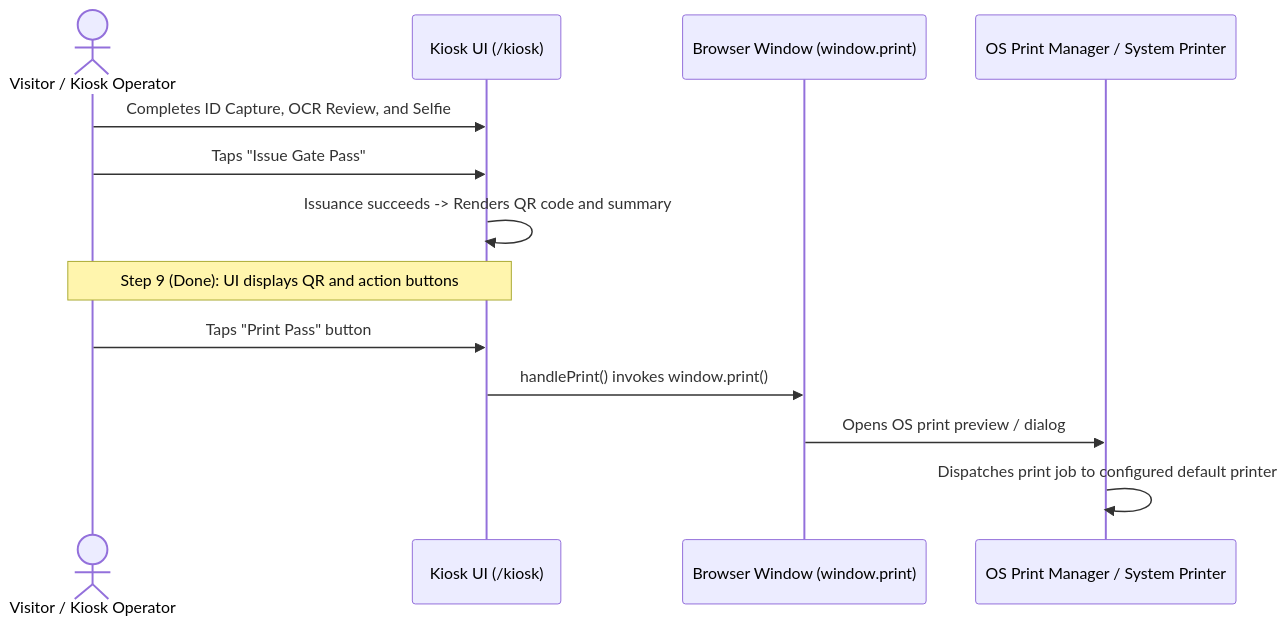
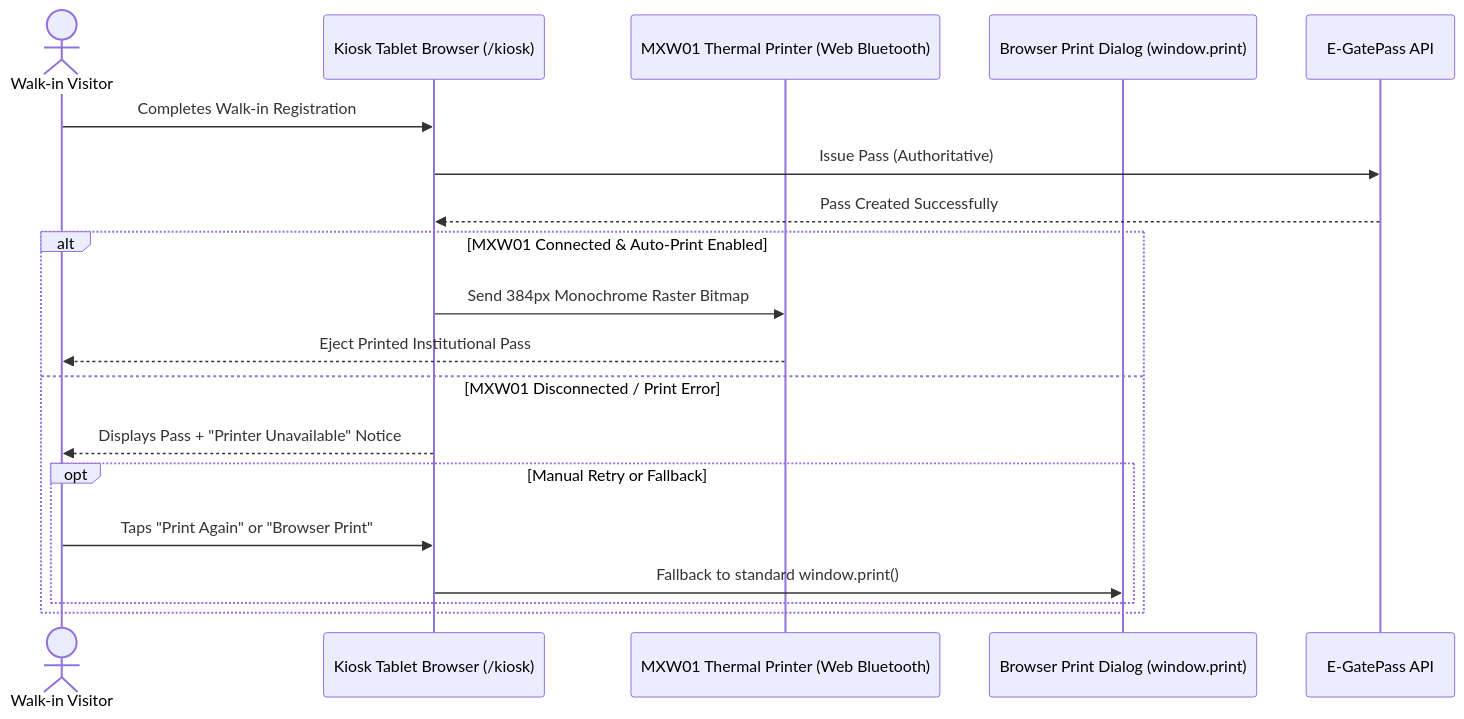
The second of 2 diagrams in docs/KIOSK_HARDWARE.md (jsphhbna/egatepass), drawn with Mermaid before and after one commit. The commit also changed other lines of this file and 6 other files, not shown here.

````diff
--- a/docs/KIOSK_HARDWARE.md
+++ b/docs/KIOSK_HARDWARE.md
@@ -67,16 +68,22 @@
 ```mermaid
 sequenceDiagram
-    actor Visitor as Visitor / Kiosk Operator
-    participant UI as Kiosk UI (/kiosk)
-    participant Browser as Browser Window (window.print)
-    participant OS as OS Print Manager / System Printer
+    actor Visitor as Walk-in Visitor
+    participant Kiosk as Kiosk Tablet Browser (/kiosk)
+    participant MXW01 as MXW01 Thermal Printer (Web Bluetooth)
+    participant Browser as Browser Print Dialog (window.print)
+    participant Server as E-GatePass API
 
-    Visitor->>UI: Completes ID Capture, OCR Review, and Selfie
-    Visitor->>UI: Taps "Issue Gate Pass"
-    UI->>UI: Issuance succeeds -> Renders QR code and summary
-    Note over UI,Visitor: Step 9 (Done): UI displays QR and action buttons
-    Visitor->>UI: Taps "Print Pass" button
-    UI->>Browser: handlePrint() invokes window.print()
-    Browser->>OS: Opens OS print preview / dialog
-    OS->>OS: Dispatches print job to configured default printer
+    Visitor->>Kiosk: Completes Walk-in Registration
+    Kiosk->>Server: Issue Pass (Authoritative)
+    Server-->>Kiosk: Pass Created Successfully
+    alt MXW01 Connected & Auto-Print Enabled
+        Kiosk->>MXW01: Send 384px Monochrome Raster Bitmap
+        MXW01-->>Visitor: Eject Printed Institutional Pass
+    else MXW01 Disconnected / Print Error
+        Kiosk-->>Visitor: Displays Pass + "Printer Unavailable" Notice
+        opt Manual Retry or Fallback
+            Visitor->>Kiosk: Taps "Print Again" or "Browser Print"
+            Kiosk->>Browser: Fallback to standard window.print()
+        end
+    end
 ```
````
